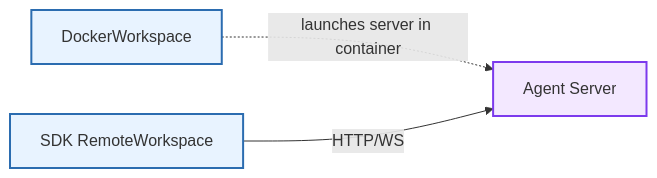
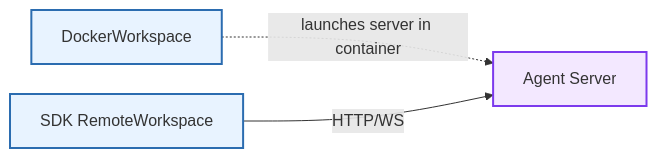
Before and after one commit to OpenHands/docs: the third of 3 diagrams in sdk/arch/agent-server.mdx, drawn with Mermaid. The commit also changed other lines of this file, not shown here.

First line of the commit message:
docs(agent-server): resolve conflicts, fix Mermaid blocks, rename to 'Agent Server', and simplify selected endpoints

````diff
--- a/sdk/arch/agent-server.mdx
+++ b/sdk/arch/agent-server.mdx
@@ -134,15 +228,16 @@
 ```mermaid
+%%{init: {"theme": "default", "flowchart": {"nodeSpacing": 30}} }%%
 flowchart LR
     Server[Agent Server]
     SDK[SDK RemoteWorkspace]
     Docker[DockerWorkspace]
 
     Docker -.->|launches server in container| Server
     SDK -->|HTTP/WS| Server
 
     classDef primary fill:#f3e8ff,stroke:#7c3aed,stroke-width:2px
     classDef secondary fill:#e8f3ff,stroke:#2b6cb0,stroke-width:2px
 
     class Server primary
     class SDK,Docker secondary
 ```
````
